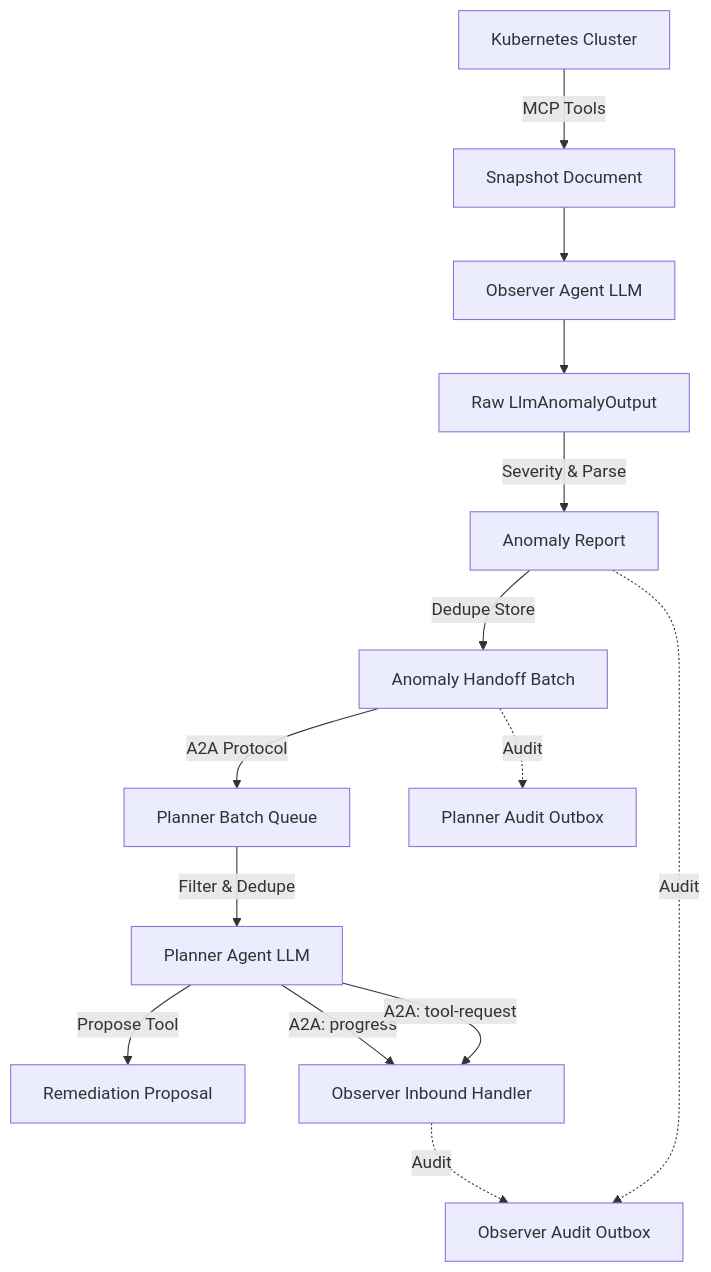
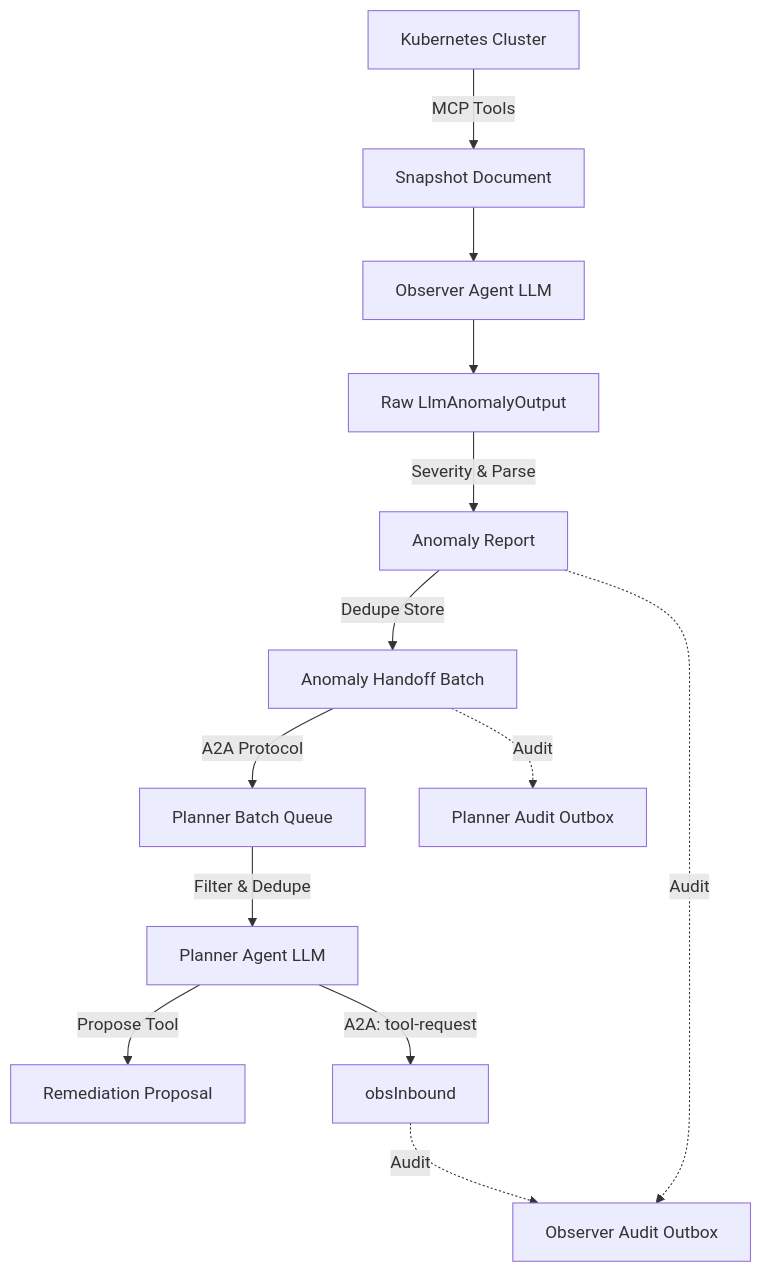
One commit to mirusser/Kubernetes-MCP-Guard changed the first of 5 diagrams in docs/observer-planner-flow.md. Above: the diagram before and after it, drawn with Mermaid. The commit also changed other lines of this file and 102 other files, not shown here.

````diff
--- a/docs/observer-planner-flow.md
+++ b/docs/observer-planner-flow.md
@@ -16,28 +17,27 @@
 ```mermaid
 flowchart TD
     k8s[Kubernetes Cluster]
     snapshot[Snapshot Document]
     obsAgent[Observer Agent LLM]
     rawAnomaly[Raw LlmAnomalyOutput]
     parsedAnomaly[Anomaly Report]
     handoffBatch[Anomaly Handoff Batch]
     queue[Planner Batch Queue]
     planAgent[Planner Agent LLM]
     proposal[Remediation Proposal]
 
     k8s -->|MCP Tools| snapshot
     snapshot --> obsAgent
     obsAgent --> rawAnomaly
     rawAnomaly -->|Severity & Parse| parsedAnomaly
     parsedAnomaly -->|Dedupe Store| handoffBatch
     handoffBatch -->|A2A Protocol| queue
     queue -->|Filter & Dedupe| planAgent
     planAgent -->|Propose Tool| proposal
     
     parsedAnomaly -.->|Audit| auditObs[Observer Audit Outbox]
     handoffBatch -.->|Audit| auditPlan[Planner Audit Outbox]
 
-    planAgent -->|A2A: progress| obsInbound[Observer Inbound Handler]
     planAgent -->|A2A: tool-request| obsInbound
     obsInbound -.->|Audit| auditObs
 ```
````
